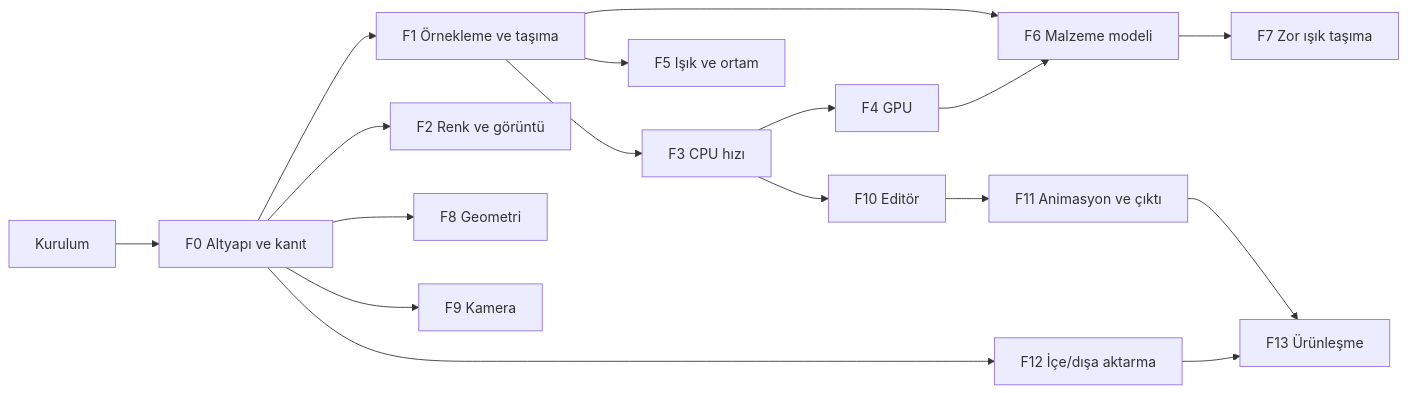
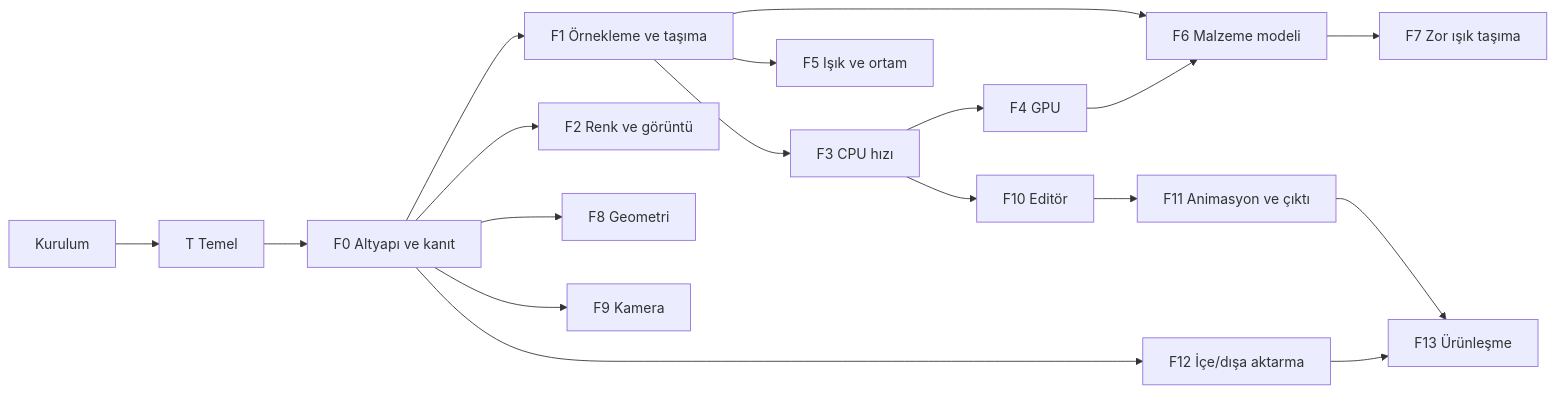
One commit to MihrimatriX/photon-engine changed the first of 2 diagrams in docs/ROADMAP.md. Above: the diagram before and after it, drawn with Mermaid. The commit also changed other lines of this file and 25 other files, not shown here.

````diff
--- a/docs/ROADMAP.md
+++ b/docs/ROADMAP.md
@@ -16,19 +20,20 @@
 ```mermaid
 flowchart LR
-    setup["Kurulum"] --> p0["F0 Altyapı ve kanıt"]
+    setup["Kurulum"] --> pt["T Temel"]
+    pt --> p0["F0 Altyapı ve kanıt"]
     p0 --> p1["F1 Örnekleme ve taşıma"]
     p0 --> p2["F2 Renk ve görüntü"]
     p1 --> p3["F3 CPU hızı"]
     p3 --> p4["F4 GPU"]
     p1 --> p6["F6 Malzeme modeli"]
     p4 --> p6
     p1 --> p5["F5 Işık ve ortam"]
     p6 --> p7["F7 Zor ışık taşıma"]
     p0 --> p8["F8 Geometri"]
     p0 --> p9["F9 Kamera"]
     p3 --> p10["F10 Editör"]
     p10 --> p11["F11 Animasyon ve çıktı"]
     p0 --> p12["F12 İçe/dışa aktarma"]
     p11 --> p13["F13 Ürünleşme"]
     p12 --> p13
 ```
````
